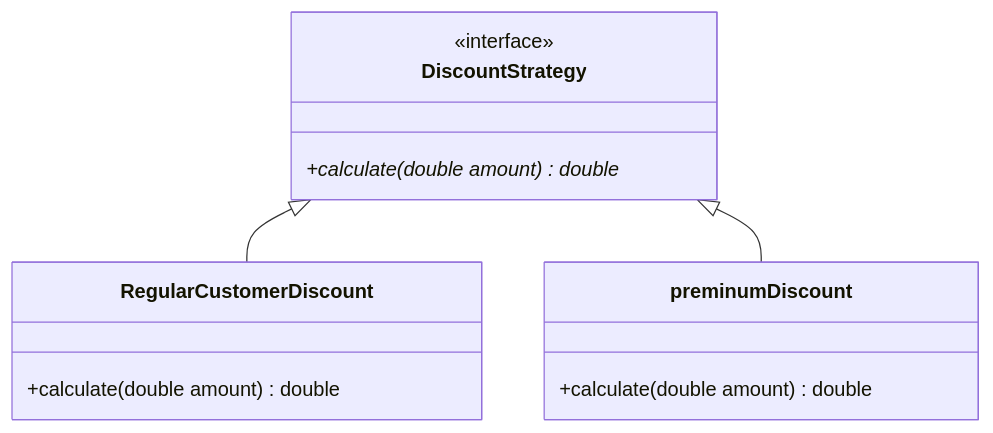
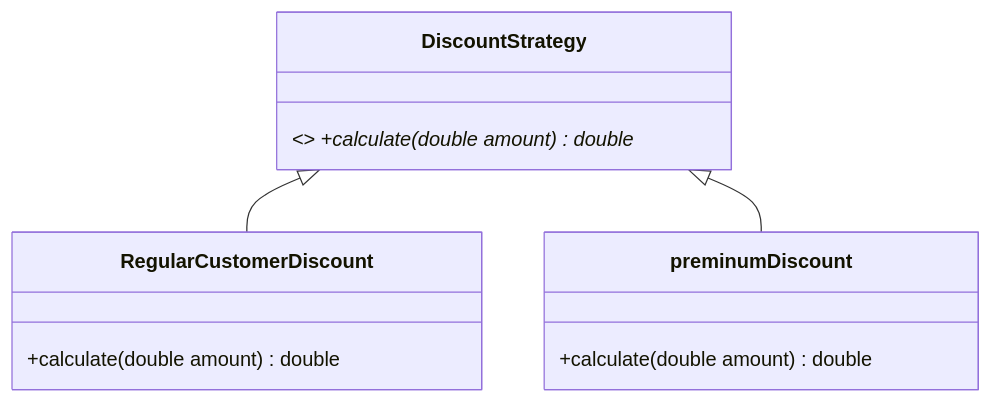
Before and after one commit to divyap271/systemDesign: the second of 22 diagrams in readme.md, drawn with Mermaid. The commit also changed other lines of this file, not shown here.

````diff
--- a/readme.md
+++ b/readme.md
@@ -24,15 +53,8 @@
 ```mermaid
 classDiagram
-    class DiscountStrategy {
-        <<interface>>
-        +calculate(double amount)* double
-    }
-    class RegularCustomerDiscount {
-        +calculate(double amount) double
-    }
-    class preminumDiscount {
-        +calculate(double amount) double
-    }
+    class DiscountStrategy { <<interface>> +calculate(double amount)* double }
+    class RegularCustomerDiscount { +calculate(double amount) double }
+    class preminumDiscount { +calculate(double amount) double }
     DiscountStrategy <|-- RegularCustomerDiscount
     DiscountStrategy <|-- preminumDiscount
 ```
````
